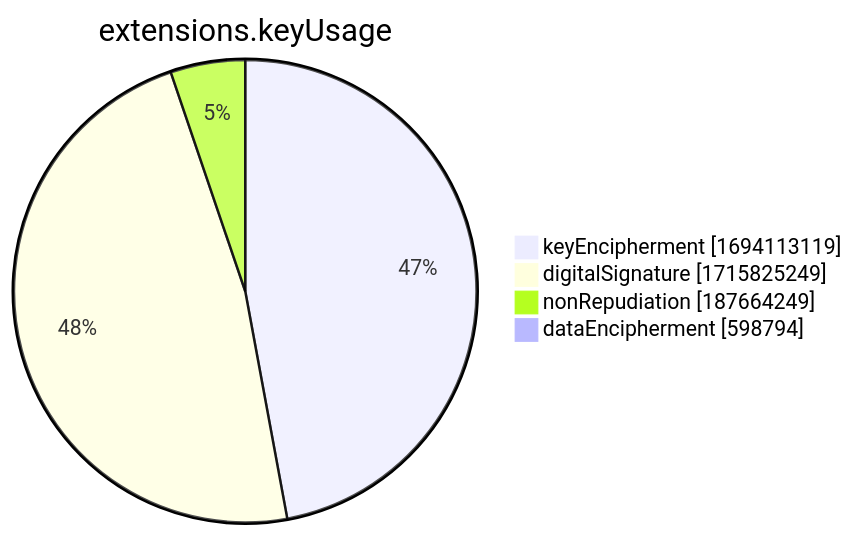
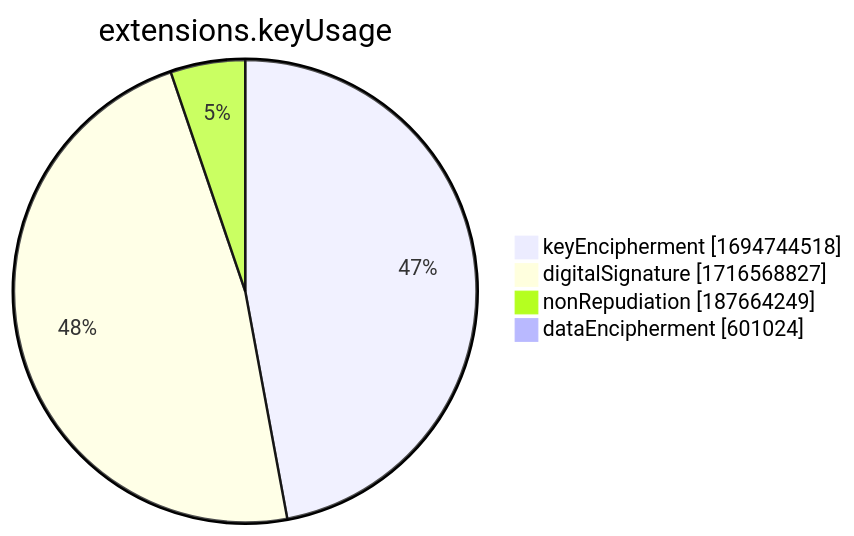
The seventh of 15 diagrams in xenon2022/README.md (christiankrug/ctmonitor_visualization), drawn with Mermaid before and after one commit. The commit also changed other lines of this file, not shown here.

````diff
--- a/xenon2022/README.md
+++ b/xenon2022/README.md
@@ -2858,8 +2858,8 @@
 ```mermaid
 pie showData
 title extensions.keyUsage
-"keyEncipherment" :1694113119
-"digitalSignature" :1715825249
+"keyEncipherment" :1694744518
+"digitalSignature" :1716568827
 "nonRepudiation" :187664249
-"dataEncipherment" :598794
+"dataEncipherment" :601024
 ```
````
